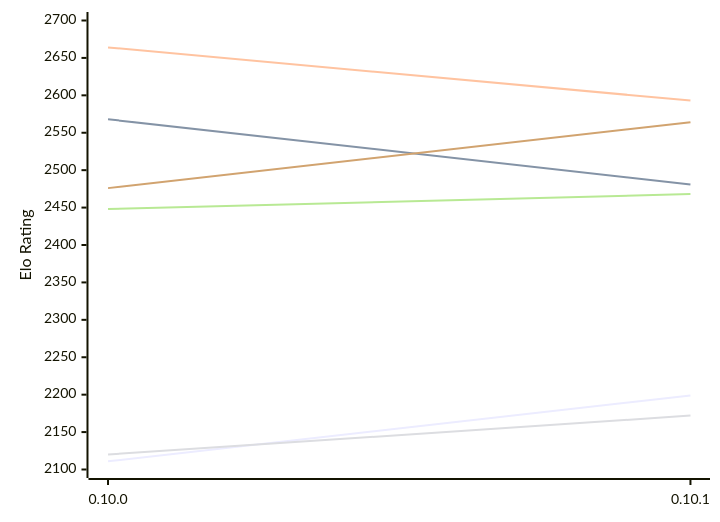
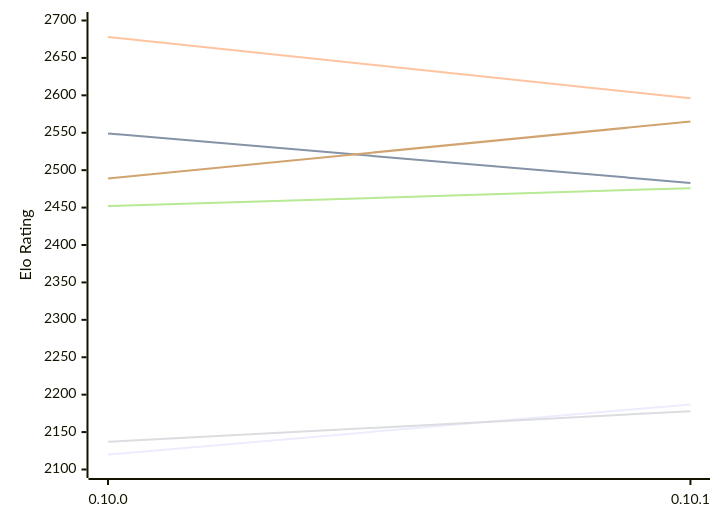
Before and after one commit to computer-chess-index/cci: the first of 2 diagrams in engines/Fatalii.md, drawn with Mermaid. The commit also changed other lines of this file, not shown here.

Commit message:
Update CCI Ratings (ELO VLTC) - 2026-11-15

````diff
--- a/engines/Fatalii.md
+++ b/engines/Fatalii.md
@@ -50,12 +50,12 @@
 ```mermaid
 %%{init: {"theme":"base","themeVariables":{"seriesColors:['#a3a3a3','#222221','#faa371']}}}%%
 xychart-beta
   x-axis ["0.10.0", "0.10.1"]
   y-axis "Elo Rating" 2100 --> 2700
-  line "E1: STC (8.0+0.08s)" [2111, 2199]
-  line "E1: LTC (60.0+0.60s)" [2568, 2481]
-  line "E1: VLTC (2m24s+1.12s)" [2664, 2593]
-  line "P1: STC (8.0+0.08s)" [2120, 2172]
-  line "P1: LTC (60.0+0.60s)" [2448, 2468]
-  line "P1: VLTC (2m24s+1.12s)" [2476, 2564]
+  line "E1: STC (8.0+0.08s)" [2120, 2187]
+  line "E1: LTC (60.0+0.60s)" [2549, 2483]
+  line "E1: VLTC (2m24s+1.12s)" [2678, 2596]
+  line "P1: STC (8.0+0.08s)" [2137, 2178]
+  line "P1: LTC (60.0+0.60s)" [2452, 2476]
+  line "P1: VLTC (2m24s+1.12s)" [2489, 2565]
 ```
````
